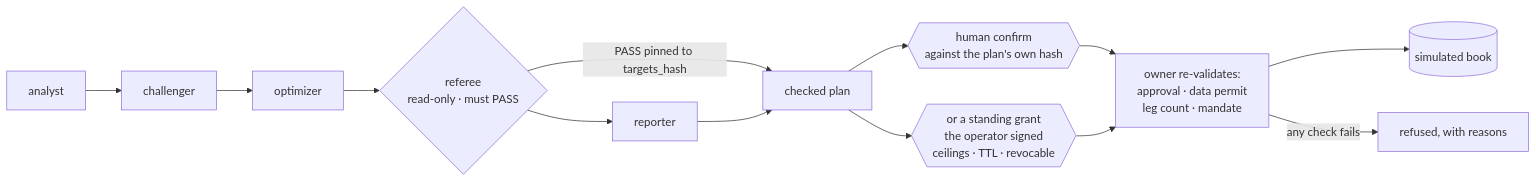
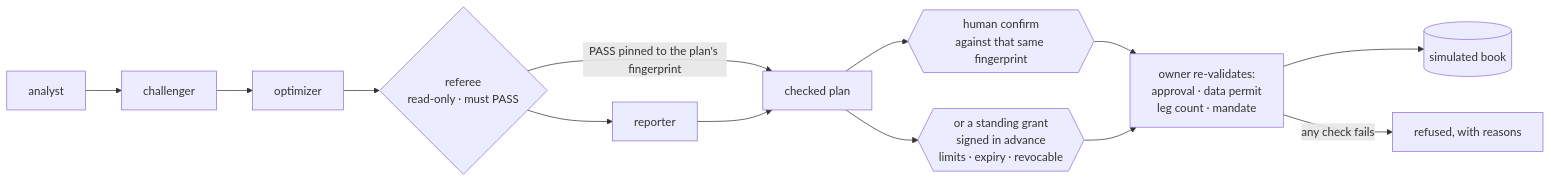
The diagram in README.md (AzAINN/QLAB), drawn with Mermaid before and after one commit. The commit also changed other lines of this file and 13 other files, not shown here.

````diff
--- a/README.md
+++ b/README.md
@@ -84,12 +283,12 @@
 ```mermaid
 flowchart LR
     A[analyst] --> C[challenger] --> O[optimizer] --> R{referee<br/>read-only · must PASS} --> P[reporter]
-    R -- "PASS pinned to targets_hash" --> G[checked plan]
+    R -- "PASS pinned to the plan's fingerprint" --> G[checked plan]
     P --> G
-    G --> H{{human confirm<br/>against the plan's own hash}}
-    G --> S{{or a standing grant<br/>the operator signed<br/>ceilings · TTL · revocable}}
+    G --> H{{human confirm<br/>against that same fingerprint}}
+    G --> S{{or a standing grant<br/>signed in advance<br/>limits · expiry · revocable}}
     H --> V[owner re-validates:<br/>approval · data permit<br/>leg count · mandate]
     S --> V
     V --> B[(simulated book)]
     V -- "any check fails" --> X[refused, with reasons]
 ```
````
